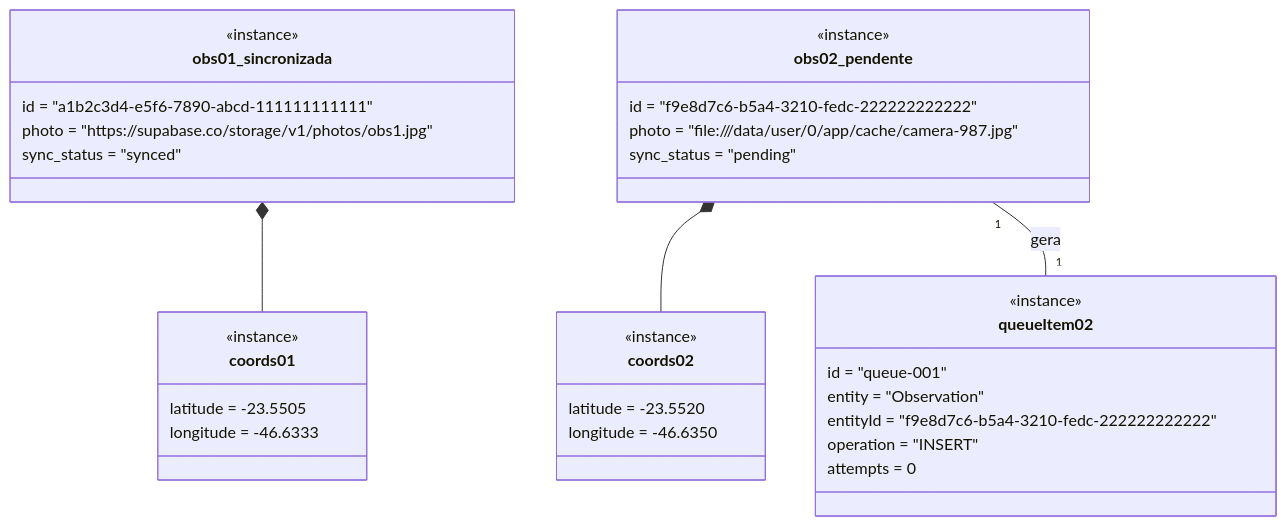
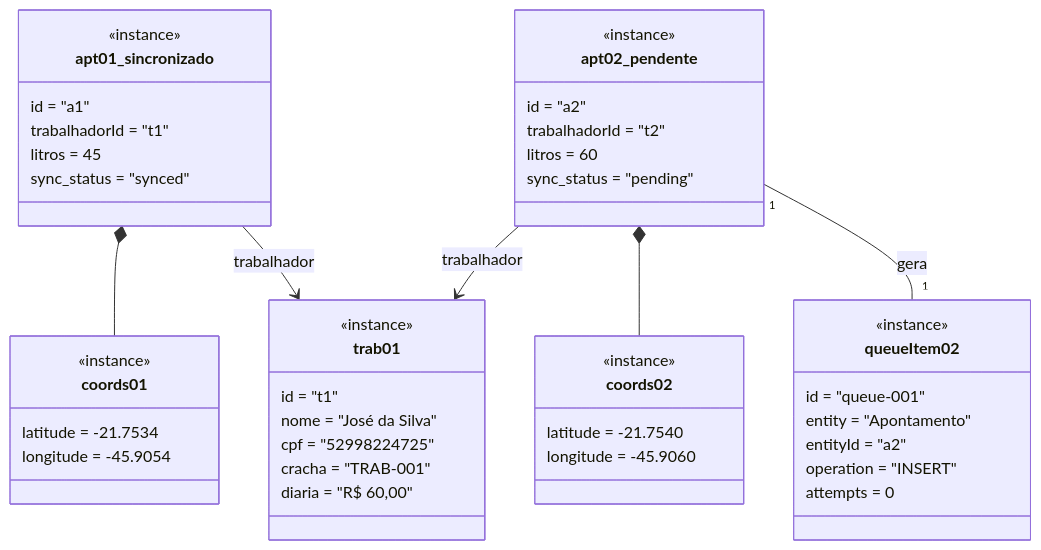
Before and after one commit to JoaoPedroScalioni/MOBILEEE: the fifth of 9 diagrams in docs/documento-software-mobile.md, drawn with Mermaid. The commit also changed other lines of this file and 93 other files, not shown here.

Commit message:
feat: implement clean architecture with domain entities, use cases, UI layouts, infrastructure adapters, and test suite

````diff
--- a/docs/documento-software-mobile.md
+++ b/docs/documento-software-mobile.md
@@ -285,37 +540,49 @@
 ```mermaid
 classDiagram
-    class obs01_sincronizada {
+    class trab01 {
         <<instance>>
-        id = "a1b2c3d4-e5f6-7890-abcd-111111111111"
-        photo = "https://supabase.co/storage/v1/photos/obs1.jpg"
+        id = "t1"
+        nome = "José da Silva"
+        cpf = "52998224725"
+        cracha = "TRAB-001"
+        diaria = "R$ 60,00"
+    }
+    class apt01_sincronizado {
+        <<instance>>
+        id = "a1"
+        trabalhadorId = "t1"
+        litros = 45
         sync_status = "synced"
     }
     class coords01 {
         <<instance>>
-        latitude = -23.5505
-        longitude = -46.6333
+        latitude = -21.7534
+        longitude = -45.9054
     }
-    class obs02_pendente {
+    class apt02_pendente {
         <<instance>>
-        id = "f9e8d7c6-b5a4-3210-fedc-222222222222"
-        photo = "file:///data/user/0/app/cache/camera-987.jpg"
+        id = "a2"
+        trabalhadorId = "t2"
+        litros = 60
         sync_status = "pending"
     }
     class coords02 {
         <<instance>>
-        latitude = -23.5520
-        longitude = -46.6350
+        latitude = -21.7540
+        longitude = -45.9060
     }
     class queueItem02 {
         <<instance>>
         id = "queue-001"
-        entity = "Observation"
-        entityId = "f9e8d7c6-b5a4-3210-fedc-222222222222"
+        entity = "Apontamento"
+        entityId = "a2"
         operation = "INSERT"
         attempts = 0
     }
 
-    obs01_sincronizada *-- coords01
-    obs02_pendente *-- coords02
-    obs02_pendente "1" -- "1" queueItem02 : gera
+    apt01_sincronizado *-- coords01
+    apt02_pendente *-- coords02
+    apt01_sincronizado --> trab01 : trabalhador
+    apt02_pendente --> trab01 : trabalhador
+    apt02_pendente "1" -- "1" queueItem02 : gera
 ```
````
